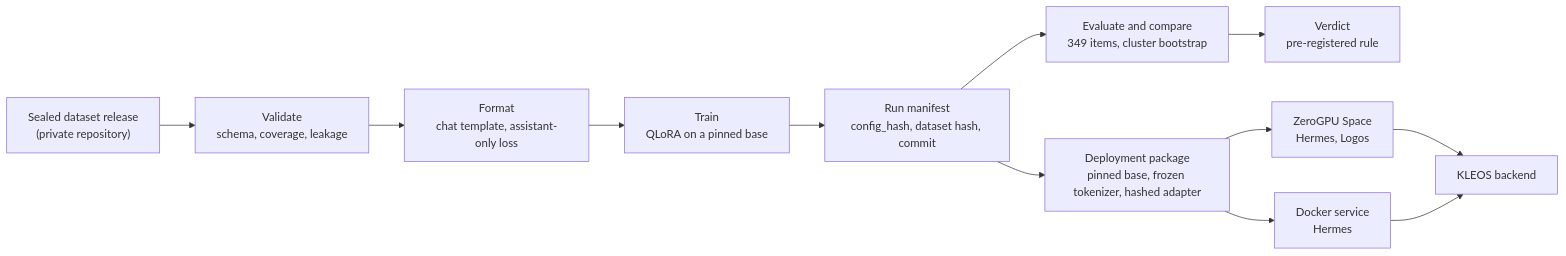
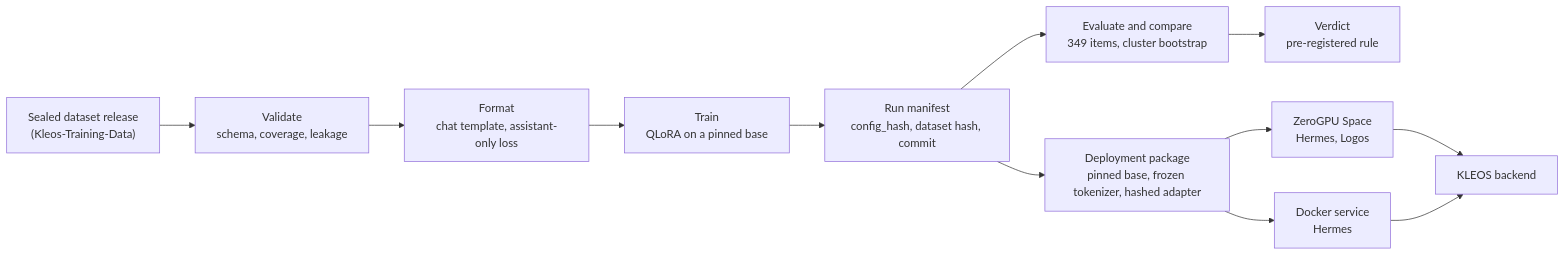
Before and after one commit to TejasNaik24/Kleos-Models: the diagram in README.md, drawn with Mermaid. The commit also changed other lines of this file and 7 other files, not shown here.

Commit message:
Link Kleos-Training-Data as the dataset source; correct the reproducibility wording

````diff
--- a/README.md
+++ b/README.md
@@ -118,14 +120,14 @@
 ```mermaid
 flowchart LR
-    A["Sealed dataset release<br/>(private repository)"] --> B["Validate<br/>schema, coverage, leakage"]
+    A["Sealed dataset release<br/>(Kleos-Training-Data)"] --> B["Validate<br/>schema, coverage, leakage"]
     B --> C["Format<br/>chat template, assistant-only loss"]
     C --> D["Train<br/>QLoRA on a pinned base"]
     D --> E["Run manifest<br/>config_hash, dataset hash, commit"]
     E --> F["Evaluate and compare<br/>349 items, cluster bootstrap"]
     F --> G["Verdict<br/>pre-registered rule"]
     E --> H["Deployment package<br/>pinned base, frozen tokenizer, hashed adapter"]
     H --> I["ZeroGPU Space<br/>Hermes, Logos"]
     H --> J["Docker service<br/>Hermes"]
     I --> K["KLEOS backend"]
     J --> K
 ```
````
